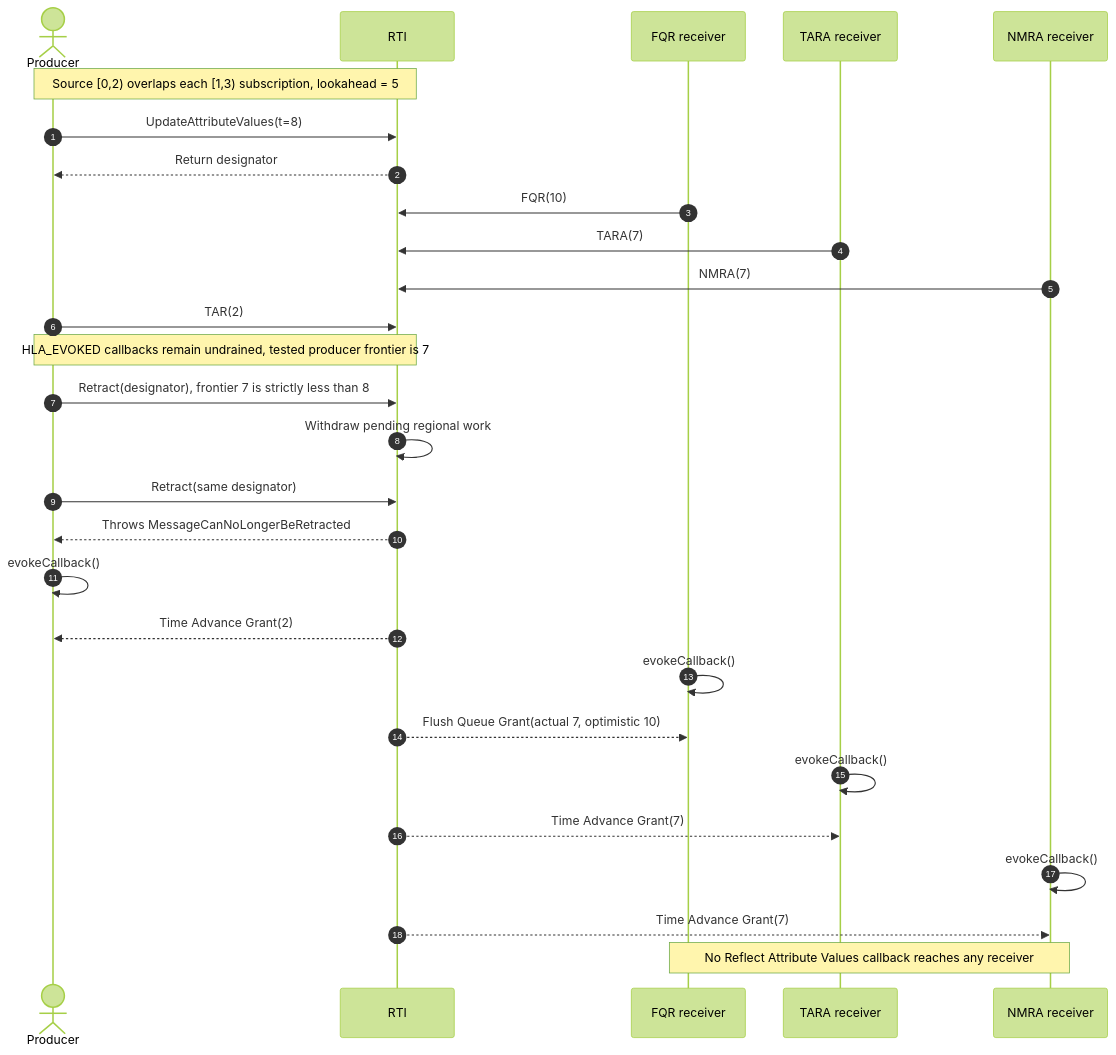
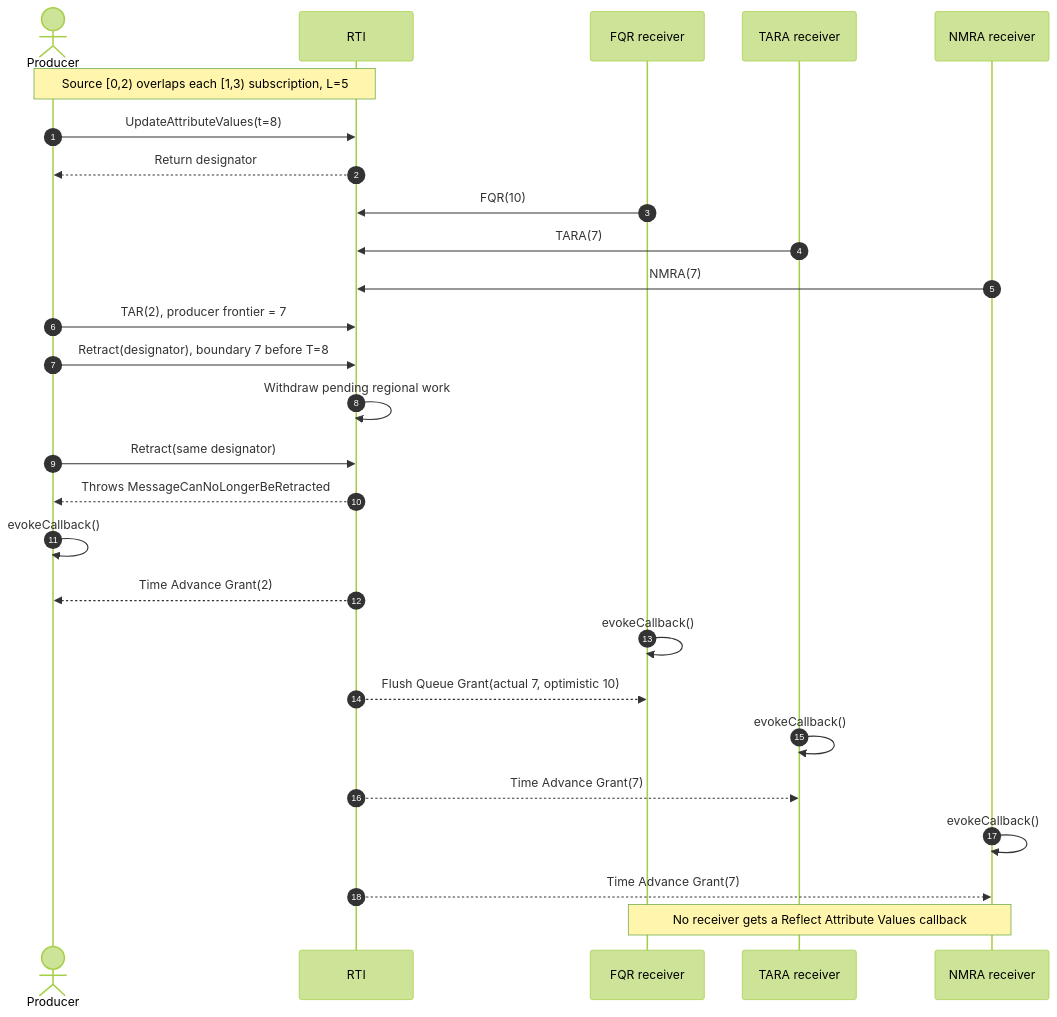
Before and after one commit to sheepfling/umbra: the fifth of 16 diagrams in docs/design/HLA-2025-TSO-RETRACTION-FLOW-GUIDE.md, drawn with Mermaid (forest theme). The commit also changed other lines of this file and 39 other files, not shown here.

Commit message:
Document IEEE 1516.1-2025 behavior flows

````diff
--- a/docs/design/HLA-2025-TSO-RETRACTION-FLOW-GUIDE.md
+++ b/docs/design/HLA-2025-TSO-RETRACTION-FLOW-GUIDE.md
@@ -220,32 +274,31 @@
 ```mermaid
 sequenceDiagram
   autonumber
   actor Producer
   participant RTI
   participant FQR as FQR receiver
   participant TARA as TARA receiver
   participant NMRA as NMRA receiver
 
-  Note over Producer,RTI: Source [0,2) overlaps each [1,3) subscription, lookahead = 5
+  Note over Producer,RTI: Source [0,2) overlaps each [1,3) subscription, L=5
   Producer->>RTI: UpdateAttributeValues(t=8)
   RTI-->>Producer: Return designator
   FQR->>RTI: FQR(10)
   TARA->>RTI: TARA(7)
   NMRA->>RTI: NMRA(7)
-  Producer->>RTI: TAR(2)
-  Note over Producer,RTI: HLA_EVOKED callbacks remain undrained, tested producer frontier is 7
-  Producer->>RTI: Retract(designator), frontier 7 is strictly less than 8
+  Producer->>RTI: TAR(2), producer frontier = 7
+  Producer->>RTI: Retract(designator), boundary 7 before T=8
   RTI->>RTI: Withdraw pending regional work
   Producer->>RTI: Retract(same designator)
   RTI-->>Producer: Throws MessageCanNoLongerBeRetracted
 
   Producer->>Producer: evokeCallback()
   RTI-->>Producer: Time Advance Grant(2)
   FQR->>FQR: evokeCallback()
   RTI-->>FQR: Flush Queue Grant(actual 7, optimistic 10)
   TARA->>TARA: evokeCallback()
   RTI-->>TARA: Time Advance Grant(7)
   NMRA->>NMRA: evokeCallback()
   RTI-->>NMRA: Time Advance Grant(7)
-  Note over FQR,NMRA: No Reflect Attribute Values callback reaches any receiver
+  Note over FQR,NMRA: No receiver gets a Reflect Attribute Values callback
 ```
````
